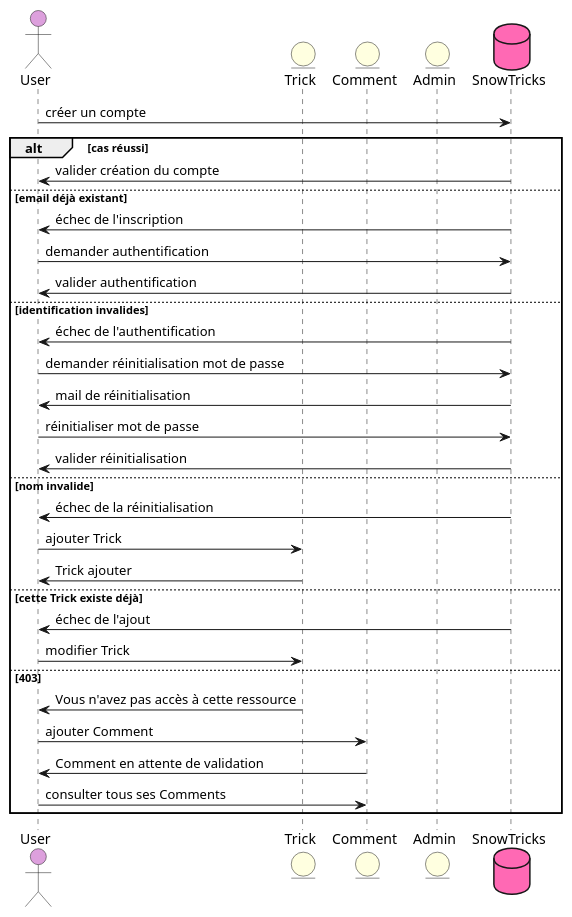
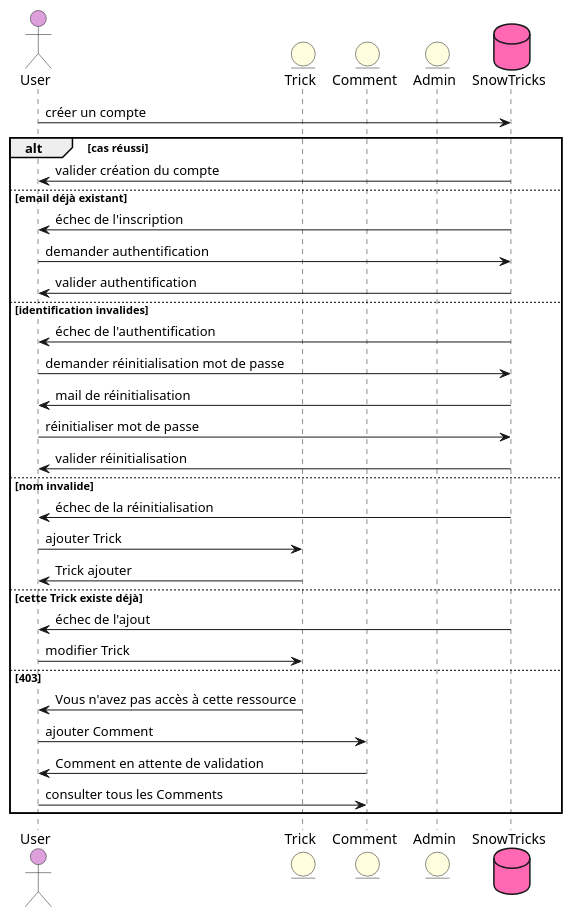
The diagram in diagrammes-uml/Sequence/UserSequence.puml (laurasullyalexandrine/SnowTricks), drawn with PlantUML before and after one commit.

Commit message:
sequence user minor fix

```diff
--- a/diagrammes-uml/Sequence/UserSequence.puml
+++ b/diagrammes-uml/Sequence/UserSequence.puml
@@ -1,48 +1,48 @@
 @startuml UserSequence
 
 skinparam responseCommentBelowArrow true
 skinparam SequenceCommentAlignment center
 
 actor User as User #Plum
 
 entity Trick as Trick #LightYellow
 entity Comment as Comment #LightYellow
 entity Admin as Admin #LightYellow
 
 database SnowTricks as SnowTricks #HotPink
 
 User -> SnowTricks: créer un compte
 alt cas réussi
 SnowTricks-> User: valider création du compte
 else email déjà existant 
 SnowTricks-> User: échec de l'inscription
 
 User -> SnowTricks: demander authentification 
 SnowTricks-> User: valider authentification 
 else identification invalides
 SnowTricks-> User: échec de l'authentification
 
 User -> SnowTricks: demander réinitialisation mot de passe
 SnowTricks-> User: mail de réinitialisation
 
 User -> SnowTricks: réinitialiser mot de passe 
 SnowTricks-> User: valider réinitialisation 
 else nom invalide
 SnowTricks-> User: échec de la réinitialisation
 
 User -> Trick: ajouter Trick 
 Trick-> User: Trick ajouter 
 else cette Trick existe déjà
 SnowTricks-> User: échec de l'ajout
 
 User -> Trick: modifier Trick 
 else 403
 Trick -> User: Vous n'avez pas accès à cette ressource
 
 User -> Comment: ajouter Comment
 Comment -> User: Comment en attente de validation
-User -> Comment: consulter tous ses Comments
+User -> Comment: consulter tous les Comments
 
 
 end
 @enduml
```
